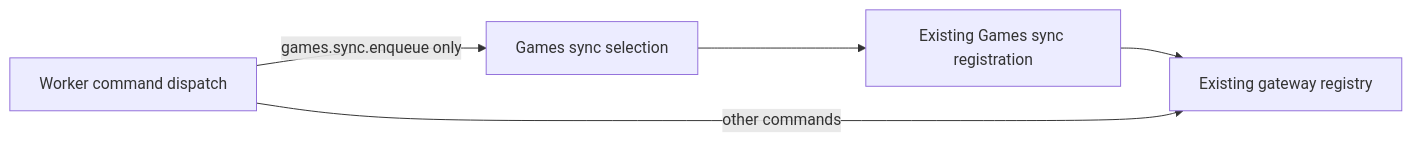
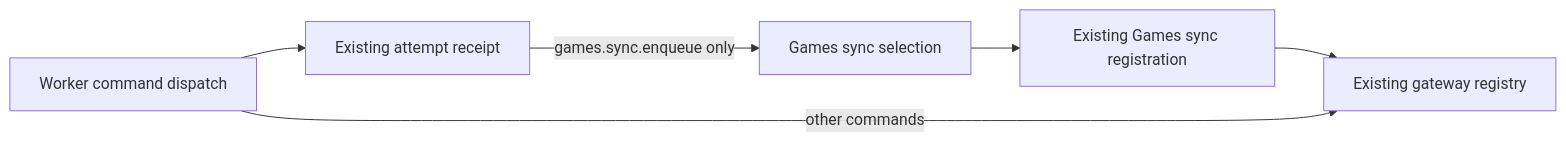
The tenth of 10 diagrams in backend/app/product_composition/README.md (aaweaver-actuary/tempo), drawn with Mermaid before and after one commit. The commit also changed other lines of this file and 2 other files, not shown here.

Commit message:
Record sync attempt before optional registration

````diff
--- a/backend/app/product_composition/README.md
+++ b/backend/app/product_composition/README.md
@@ -669,7 +671,8 @@
 ```mermaid
 flowchart LR
-  dispatch["Worker command dispatch"] -->|"games.sync.enqueue only"| selection["Games sync selection"]
+  dispatch["Worker command dispatch"] --> receipt["Existing attempt receipt"]
+  receipt -->|"games.sync.enqueue only"| selection["Games sync selection"]
   selection --> registration["Existing Games sync registration"]
   registration --> registry["Existing gateway registry"]
   dispatch -->|"other commands"| registry
 ```
````
